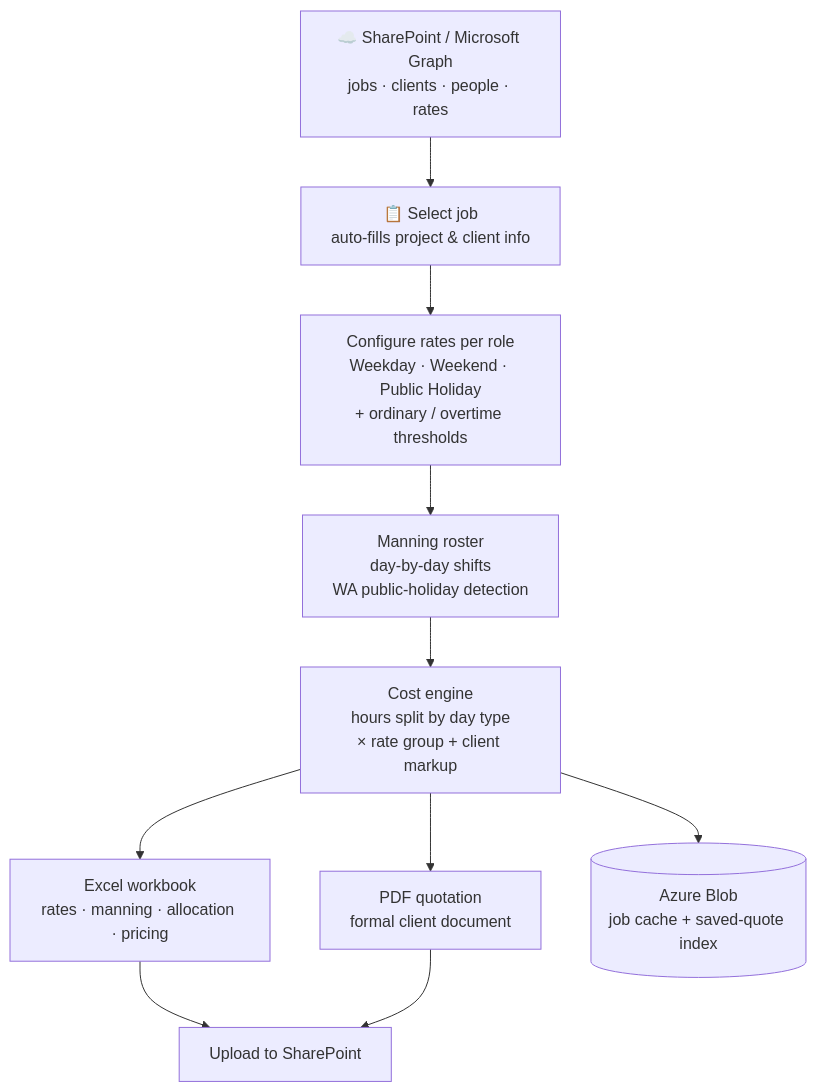
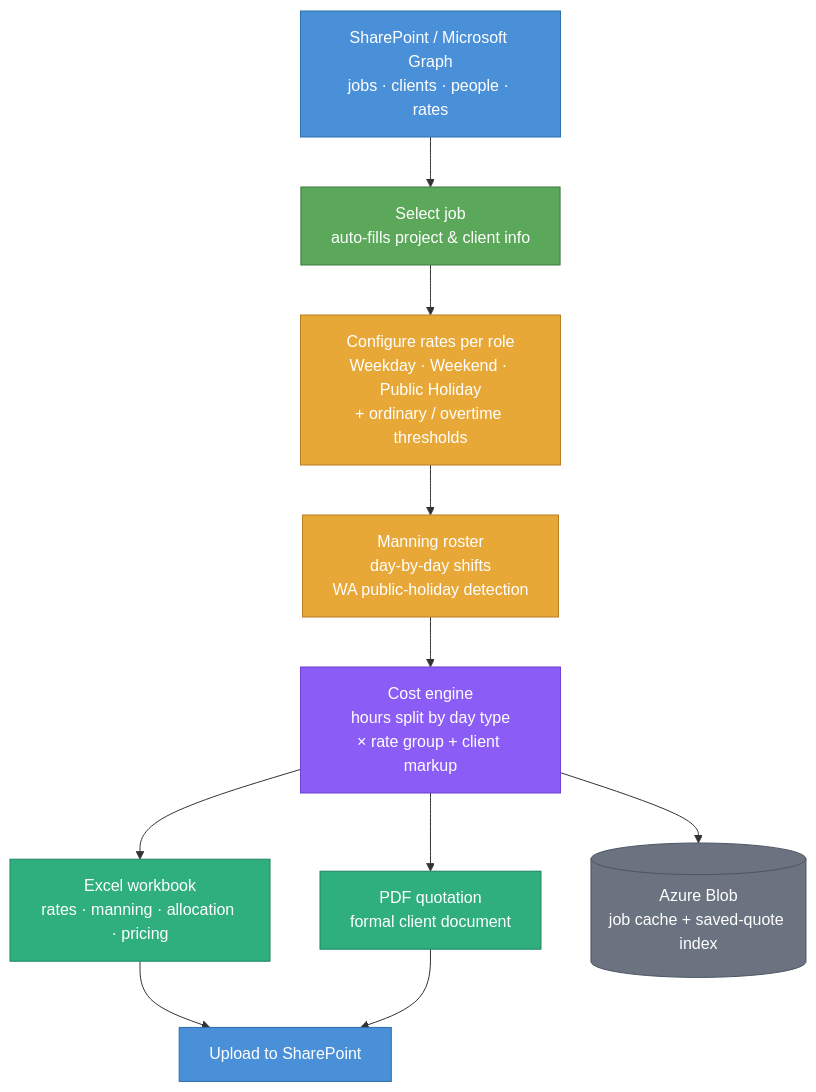
The diagram in README.md (Pearlluo/labour-hire-quote-system), drawn with Mermaid before and after one commit.

````diff
--- a/README.md
+++ b/README.md
@@ -21,12 +21,22 @@
 ```mermaid
 flowchart TD
-    A[☁️ SharePoint / Microsoft Graph\njobs · clients · people · rates] --> B[📋 Select job\nauto-fills project & client info]
-    B --> C[ Configure rates per role\nWeekday · Weekend · Public Holiday\n+ ordinary / overtime thresholds]
-    C --> D[ Manning roster\nday-by-day shifts\nWA public-holiday detection]
-    D --> E[ Cost engine\nhours split by day type\n× rate group + client markup]
-    E --> F1[ Excel workbook\nrates · manning · allocation · pricing]
-    E --> F2[ PDF quotation\nformal client document]
-    F1 --> G[ Upload to SharePoint]
+    A[SharePoint / Microsoft Graph\njobs · clients · people · rates] --> B[Select job\nauto-fills project & client info]
+    B --> C[Configure rates per role\nWeekday · Weekend · Public Holiday\n+ ordinary / overtime thresholds]
+    C --> D[Manning roster\nday-by-day shifts\nWA public-holiday detection]
+    D --> E[Cost engine\nhours split by day type\n× rate group + client markup]
+    E --> F1[Excel workbook\nrates · manning · allocation · pricing]
+    E --> F2[PDF quotation\nformal client document]
+    F1 --> G[Upload to SharePoint]
     F2 --> G
-    E --> H[( Azure Blob\njob cache + saved-quote index)]
+    E --> H[(Azure Blob\njob cache + saved-quote index)]
+
+    style A fill:#4A90D9,stroke:#2C6FAC,color:#fff
+    style B fill:#5BA85A,stroke:#3D7A3C,color:#fff
+    style C fill:#E8A838,stroke:#B87E20,color:#fff
+    style D fill:#E8A838,stroke:#B87E20,color:#fff
+    style E fill:#8B5CF6,stroke:#6D3FD4,color:#fff
+    style F1 fill:#2EAF7D,stroke:#1D8560,color:#fff
+    style F2 fill:#2EAF7D,stroke:#1D8560,color:#fff
+    style G fill:#4A90D9,stroke:#2C6FAC,color:#fff
+    style H fill:#6B7280,stroke:#4B5563,color:#fff
 ```
````
